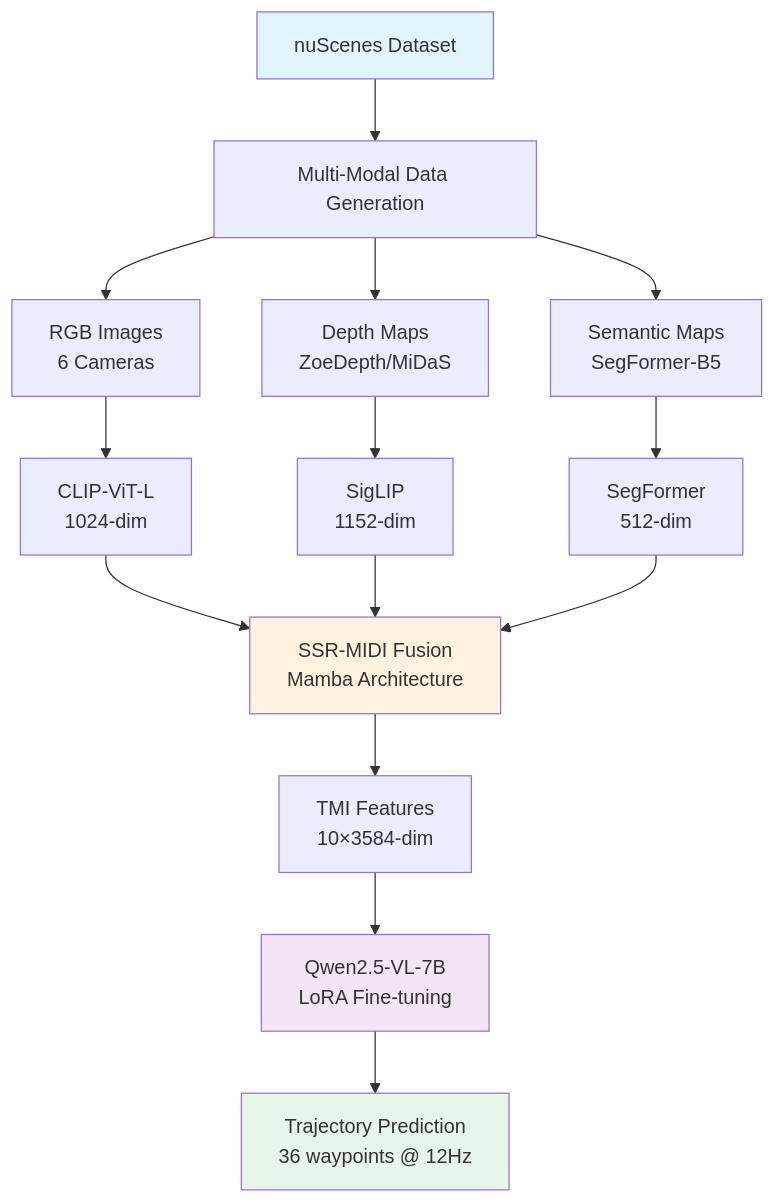
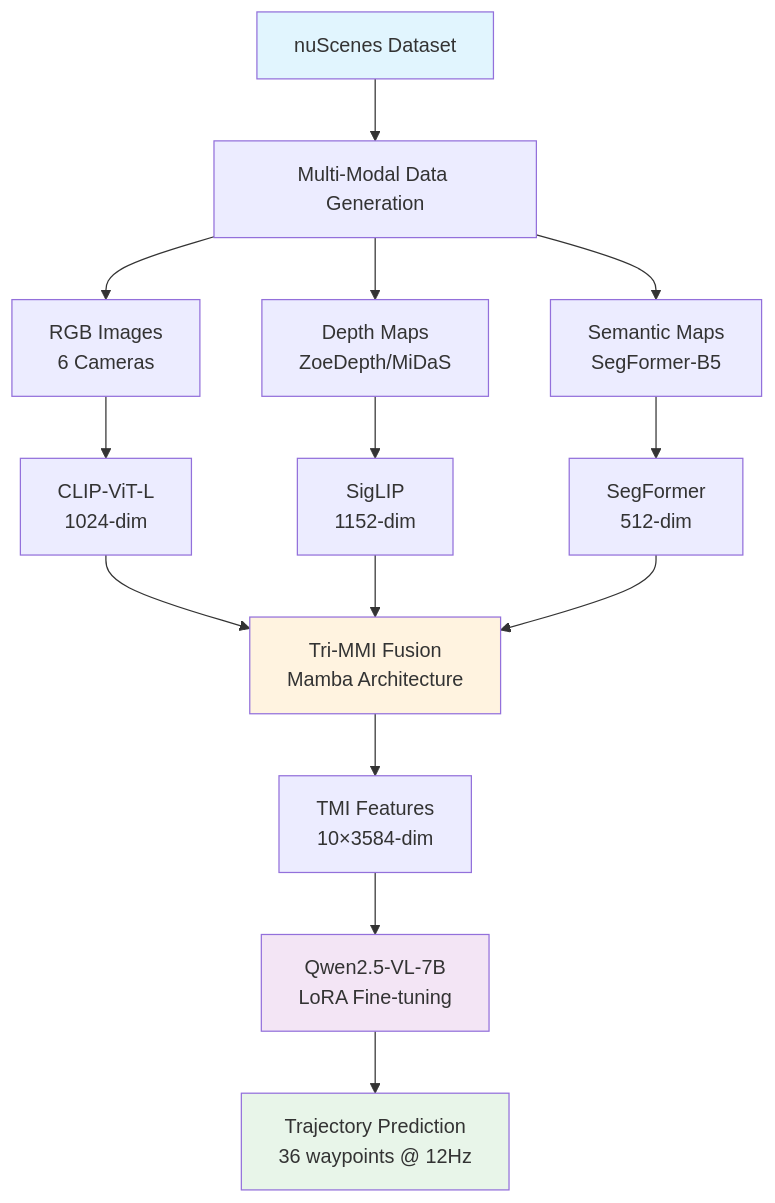
Before and after one commit to Ma-Zhuang/OmniNWM: the diagram in omninwm/models/OmniNWM-VLA/README.md, drawn with Mermaid. The commit also changed other lines of this file and 3 other files, not shown here.

````diff
--- a/omninwm/models/OmniNWM-VLA/README.md
+++ b/omninwm/models/OmniNWM-VLA/README.md
@@ -30,24 +30,24 @@
 ```mermaid
 graph TB
     A[nuScenes Dataset] --> B[Multi-Modal Data Generation]
     B --> C[RGB Images<br/>6 Cameras]
     B --> D[Depth Maps<br/>ZoeDepth/MiDaS]
     B --> E[Semantic Maps<br/>SegFormer-B5]
     
     C --> F[CLIP-ViT-L<br/>1024-dim]
     D --> G[SigLIP<br/>1152-dim]
     E --> H[SegFormer<br/>512-dim]
     
-    F --> I[SSR-MIDI Fusion<br/>Mamba Architecture]
+    F --> I[Tri-MMI Fusion<br/>Mamba Architecture]
     G --> I
     H --> I
     
     I --> J[TMI Features<br/>10×3584-dim]
     J --> K[Qwen2.5-VL-7B<br/>LoRA Fine-tuning]
     K --> L[Trajectory Prediction<br/>36 waypoints @ 12Hz]
     
     style A fill:#e1f5fe
     style I fill:#fff3e0
     style K fill:#f3e5f5
     style L fill:#e8f5e9
 ```
````
